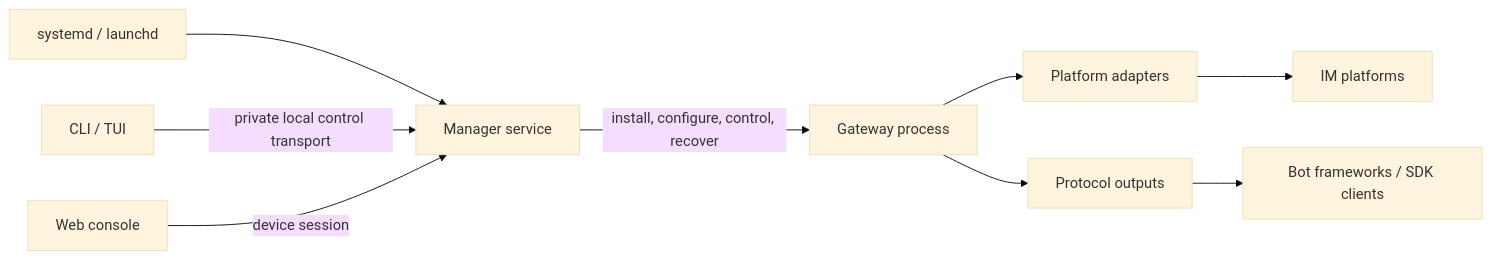
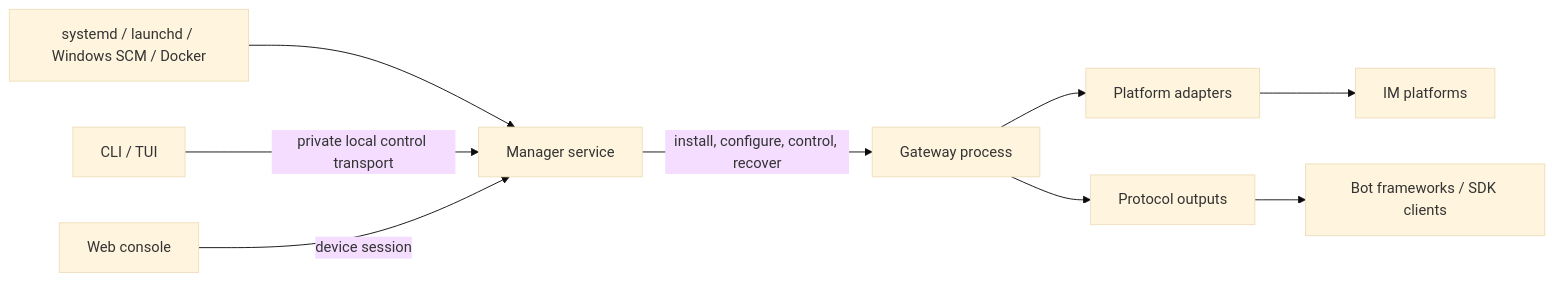
The first of 2 diagrams in docs/src/en/guide/architecture.md (lc-cn/onebots), drawn with Mermaid (base theme) before and after one commit. The commit also changed other lines of this file and 11 other files, not shown here.

````diff
--- a/docs/src/en/guide/architecture.md
+++ b/docs/src/en/guide/architecture.md
@@ -5,11 +5,11 @@
 ```mermaid
 flowchart LR
-    OS[systemd / launchd] --> Manager[Manager service]
+    OS[systemd / launchd / Windows SCM / Docker] --> Manager[Manager service]
     CLI[CLI / TUI] -->|private local control transport| Manager
     Web[Web console] -->|device session| Manager
     Manager -->|install, configure, control, recover| Gateway[Gateway process]
     Gateway --> Adapters[Platform adapters]
     Adapters --> Platforms[IM platforms]
     Gateway --> Protocols[Protocol outputs]
     Protocols --> Frameworks[Bot frameworks / SDK clients]
 ```
````
